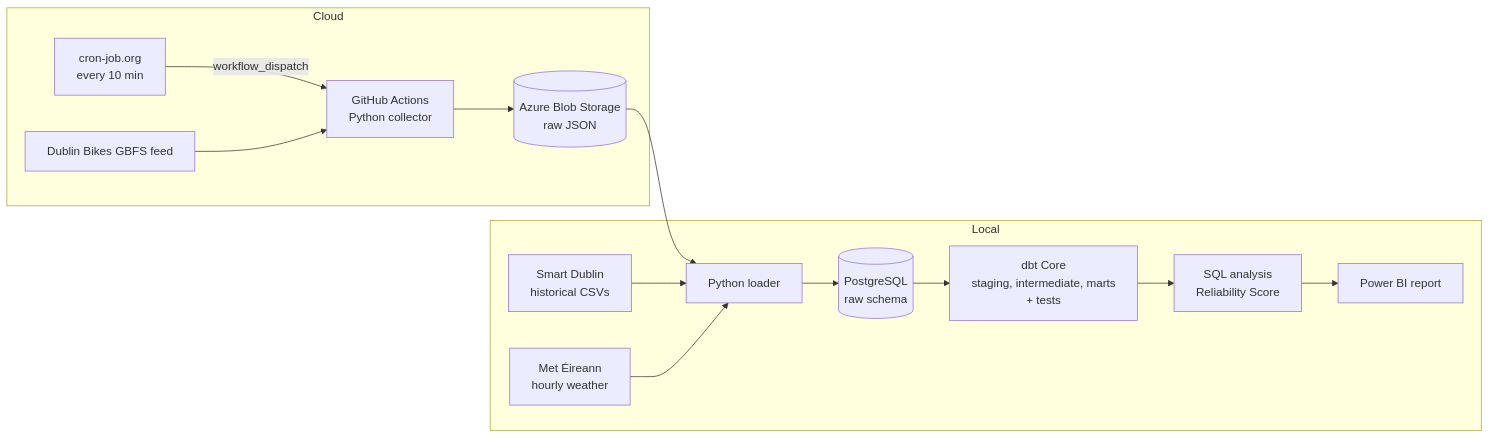
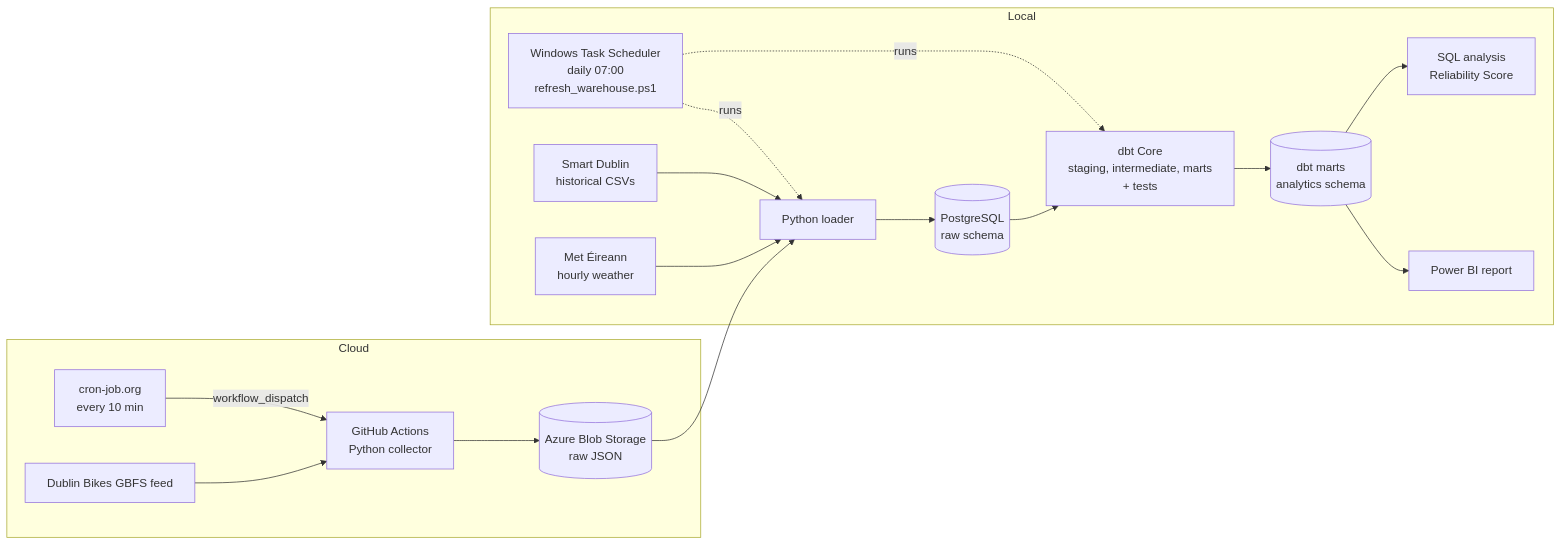
Before and after one commit to rdsayanth/dublinflow: the diagram in docs/architecture.md, drawn with Mermaid. The commit also changed other lines of this file and 1 other file, not shown here.

Commit message:
Docs: sharpen findings, fix weather time zone, update architecture diagram

````diff
--- a/docs/architecture.md
+++ b/docs/architecture.md
@@ -5,17 +5,20 @@
 ```mermaid
 flowchart LR
     subgraph Cloud
         CRON[cron-job.org<br/>every 10 min] -->|workflow_dispatch| GHA
         GBFS[Dublin Bikes GBFS feed] --> GHA[GitHub Actions<br/>Python collector]
         GHA --> BLOB[(Azure Blob Storage<br/>raw JSON)]
     end
     subgraph Local
+        TASK[Windows Task Scheduler<br/>daily 07:00<br/>refresh_warehouse.ps1] -.->|runs| LOADER
+        TASK -.->|runs| DBT
         BLOB --> LOADER[Python loader]
         HIST[Smart Dublin<br/>historical CSVs] --> LOADER
         MET[Met Éireann<br/>hourly weather] --> LOADER
         LOADER --> RAW[(PostgreSQL<br/>raw schema)]
         RAW --> DBT[dbt Core<br/>staging, intermediate, marts<br/>+ tests]
-        DBT --> SQL[SQL analysis<br/>Reliability Score]
-        SQL --> PBI[Power BI report]
+        DBT --> MARTS[(dbt marts<br/>analytics schema)]
+        MARTS --> PBI[Power BI report]
+        MARTS --> SQL[SQL analysis<br/>Reliability Score]
     end
 ```
````
